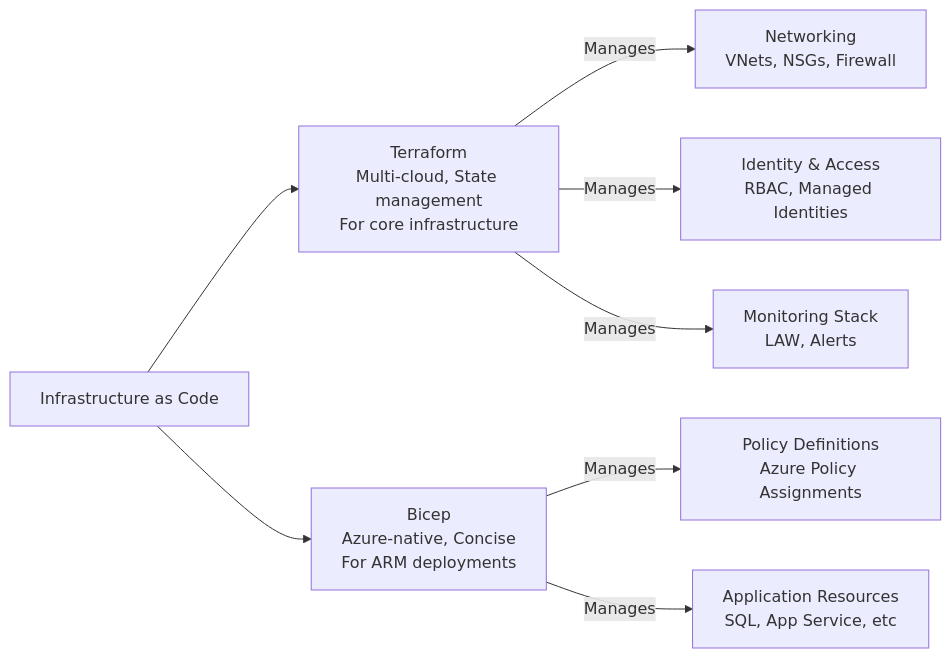
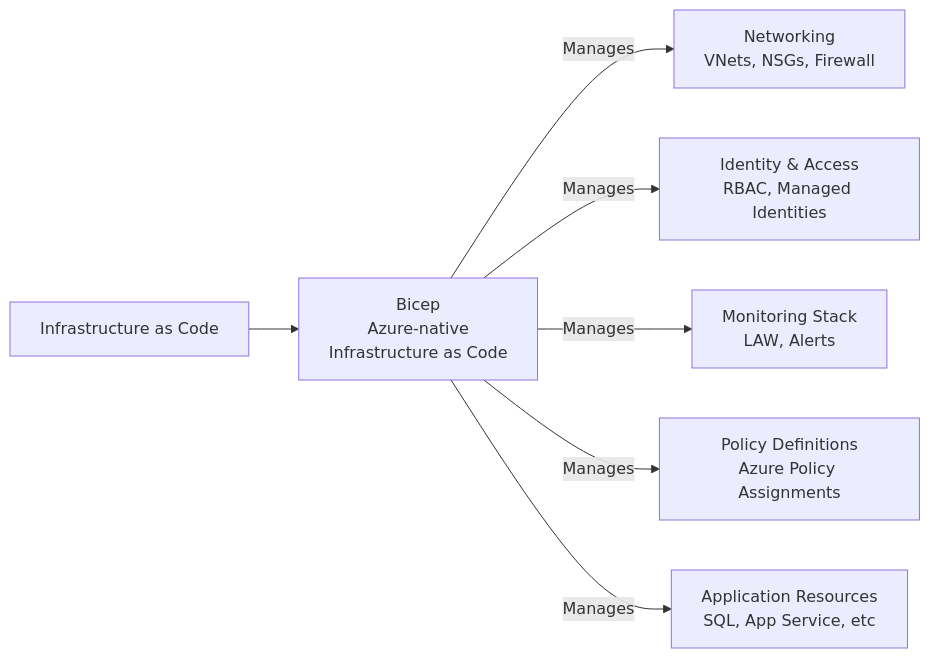
The diagram in design/IAC_DEPLOYMENT.md (neetima27/AzureNamingTool), drawn with Mermaid before and after one commit. The commit also changed other lines of this file and 13 other files, not shown here.

````diff
--- a/design/IAC_DEPLOYMENT.md
+++ b/design/IAC_DEPLOYMENT.md
@@ -11,14 +11,12 @@
 ```mermaid
 graph LR
     IaC["Infrastructure as Code"]
     
-    IaC --> TERRAFORM["Terraform<br/>Multi-cloud, State management<br/>For core infrastructure"]
-    IaC --> BICEP["Bicep<br/>Azure-native, Concise<br/>For ARM deployments"]
+    IaC --> BICEP["Bicep<br/>Azure-native<br/>Infrastructure as Code"]
     
-    TERRAFORM -->|Manages| NETWORK["Networking<br/>VNets, NSGs, Firewall"]
-    TERRAFORM -->|Manages| IDENTITY["Identity & Access<br/>RBAC, Managed Identities"]
-    TERRAFORM -->|Manages| MONITORING["Monitoring Stack<br/>LAW, Alerts"]
-    
+    BICEP -->|Manages| NETWORK["Networking<br/>VNets, NSGs, Firewall"]
+    BICEP -->|Manages| IDENTITY["Identity & Access<br/>RBAC, Managed Identities"]
+    BICEP -->|Manages| MONITORING["Monitoring Stack<br/>LAW, Alerts"]
     BICEP -->|Manages| POLICIES["Policy Definitions<br/>Azure Policy Assignments"]
     BICEP -->|Manages| APPRESOURCES["Application Resources<br/>SQL, App Service, etc"]
 ```
````
